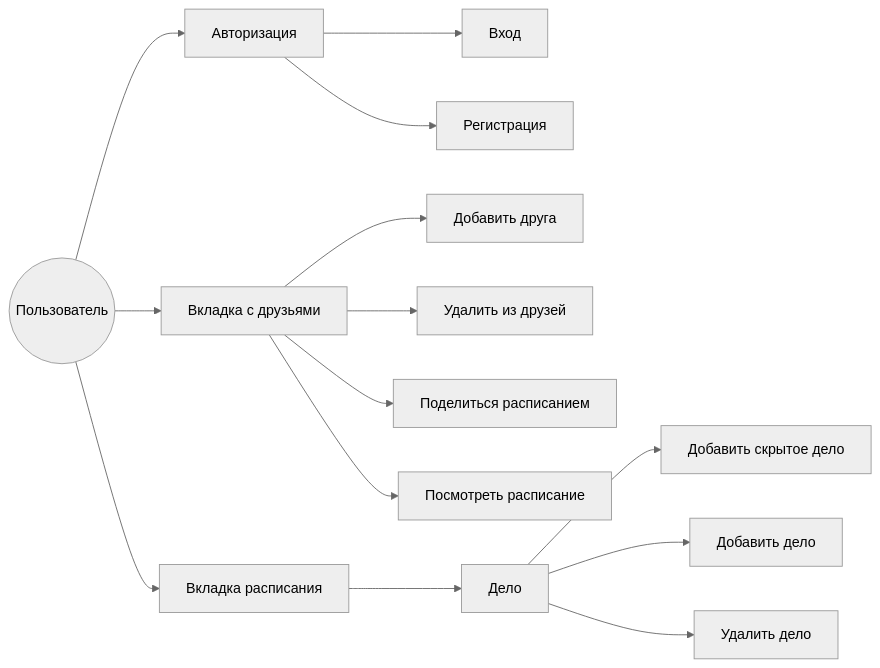
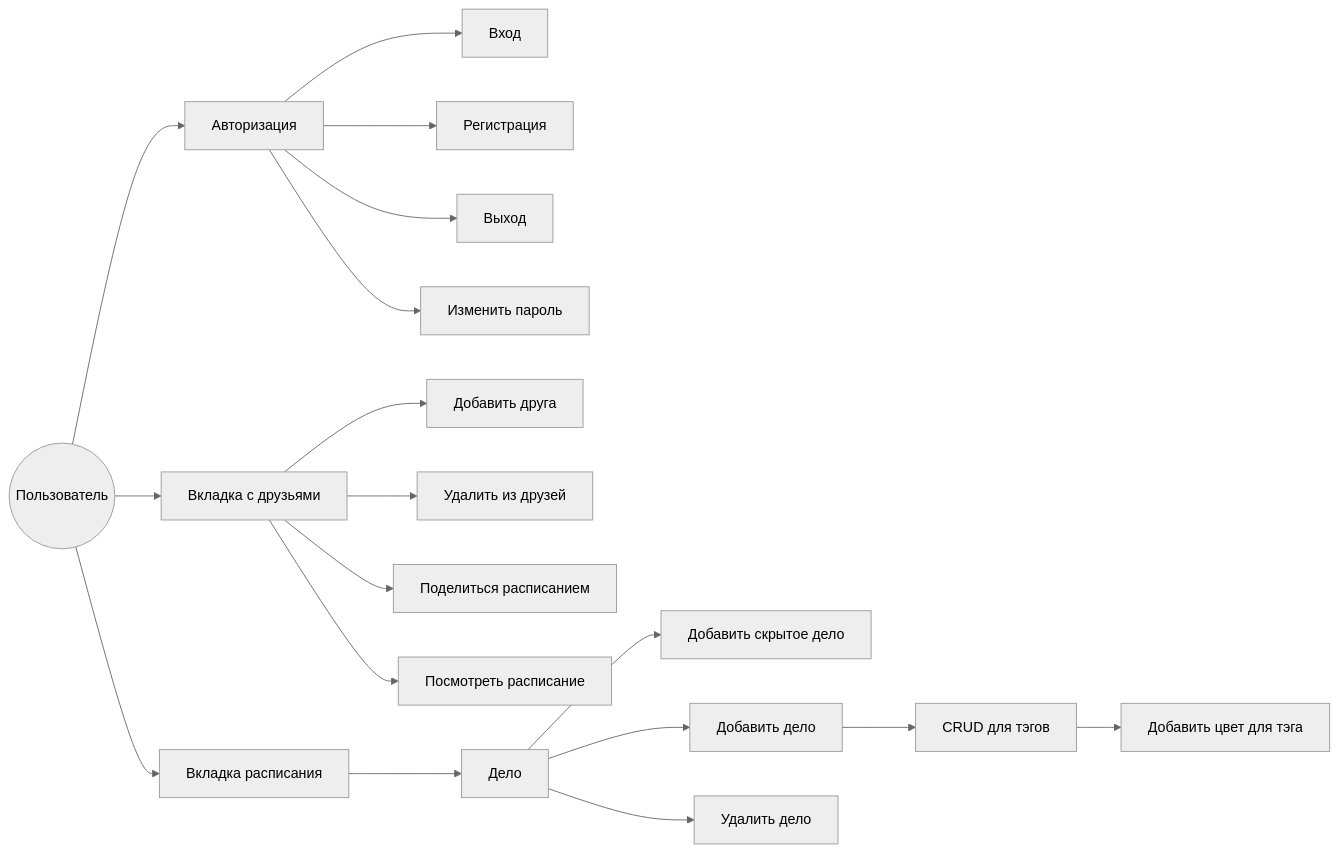
The diagram in docs/USECASE.md (HITSEdu/planka-docs), drawn with Mermaid (neutral theme) before and after one commit. The commit also changed other lines of this file and 2 other files, not shown here.

Commit message:
feat: create class diagram

````diff
--- a/docs/USECASE.md
+++ b/docs/USECASE.md
@@ -4,17 +4,20 @@
 ```mermaid
 graph LR
     U((Пользователь)) --> Auth[Авторизация]
     Auth[Авторизация] --> Login[Вход]
     Auth --> Register[Регистрация]
+    Auth --> Logout[Выход]
+    Auth -->  ChangePassword[Изменить пароль]
     U --> F[Вкладка с друзьями]
     F --> Add_F[Добавить друга]
     F --> Remove_F[Удалить из друзей]
     F --> Share_F[Поделиться расписанием]
     F --> Look_F[Посмотреть расписание]
     U --> Schedule[Вкладка расписания]
     Schedule --> Task[Дело]
     Task --> Add_private_Sch[Добавить скрытое дело]
     Task --> Add_Task[Добавить дело]
     Task --> Delete_Task[Удалить дело]
-    
+    Add_Task --> Tag[CRUD для тэгов]
+    Tag --> Color[Добавить цвет для тэга]
 ```
````
